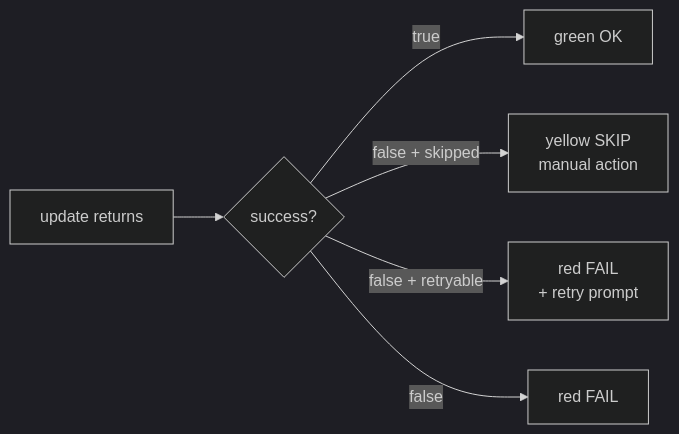
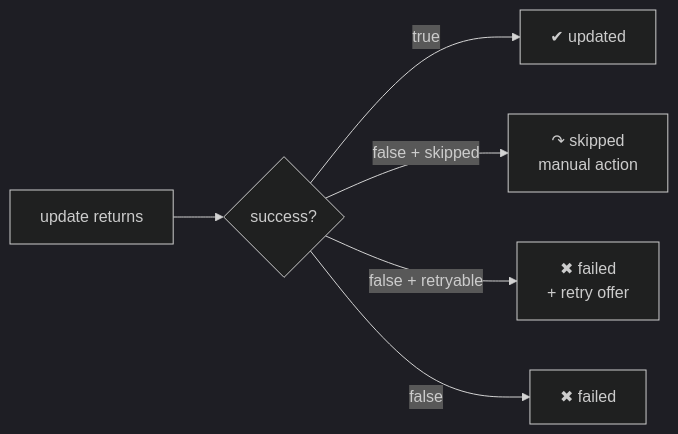
Before and after one commit to LINDECKER-Charles/gup: the third of 4 diagrams in CONTRIBUTING.md, drawn with Mermaid (dark theme). The commit also changed other lines of this file and 2 other files, not shown here.

````diff
--- a/CONTRIBUTING.md
+++ b/CONTRIBUTING.md
@@ -218,8 +236,8 @@
 ```mermaid
 flowchart LR
     Update[update returns] --> Success{success?}
-    Success -->|true| OK[green OK]
-    Success -->|false + skipped| SKIP[yellow SKIP<br/>manual action]
-    Success -->|false + retryable| RETRY[red FAIL<br/>+ retry prompt]
-    Success -->|false| FAIL[red FAIL]
+    Success -->|true| OK["✔ updated"]
+    Success -->|false + skipped| SKIP["↷ skipped<br/>manual action"]
+    Success -->|false + retryable| RETRY["✖ failed<br/>+ retry offer"]
+    Success -->|false| FAIL["✖ failed"]
 ```
````
